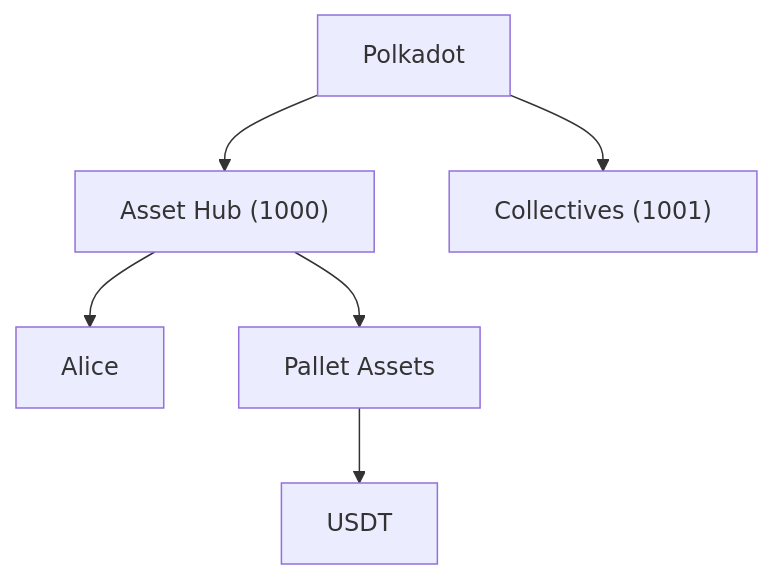
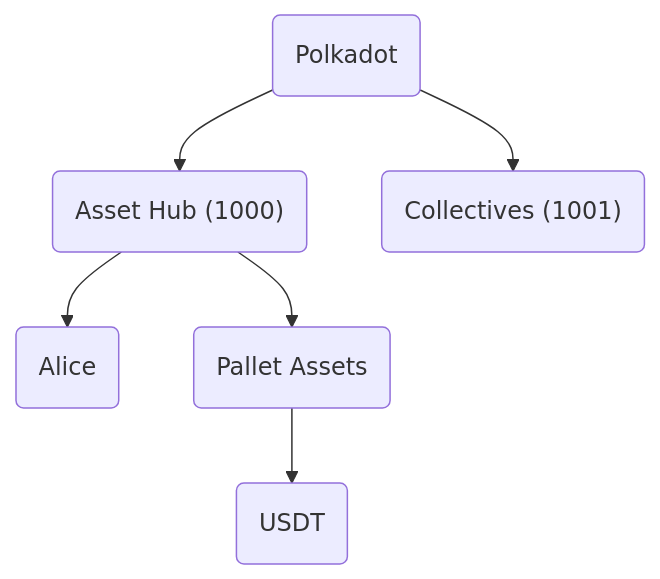
One commit to Polkadot-Blockchain-Academy/pba-content changed diagram 13 of 20 in syllabus/7-XCM/1-Core_Concepts_of_XCM/Core_Concepts_of_XCM_slides.md. Above: the diagram before and after it, drawn with Mermaid. The commit also changed other lines of this file and 1 other file, not shown here.

Commit message:
Change mermaidjs theme

````diff
--- a/syllabus/7-XCM/1-Core_Concepts_of_XCM/Core_Concepts_of_XCM_slides.md
+++ b/syllabus/7-XCM/1-Core_Concepts_of_XCM/Core_Concepts_of_XCM_slides.md
@@ -587,8 +620,8 @@
 ```mermaid
 graph TD
-    Polkadot-->AssetHub["Asset Hub (1000)"]
-    Polkadot-->Collectives["Collectives (1001)"]
-    AssetHub-->Alice
-    AssetHub-->AssetsPallet[Pallet Assets]
-    AssetsPallet-->Asset[USDT]
+    Polkadot(Polkadot)-->AssetHub("Asset Hub (1000)")
+    Polkadot-->Collectives("Collectives (1001)")
+    AssetHub-->Alice(Alice)
+    AssetHub-->AssetsPallet(Pallet Assets)
+    AssetsPallet-->Asset(USDT)
 ```
````
